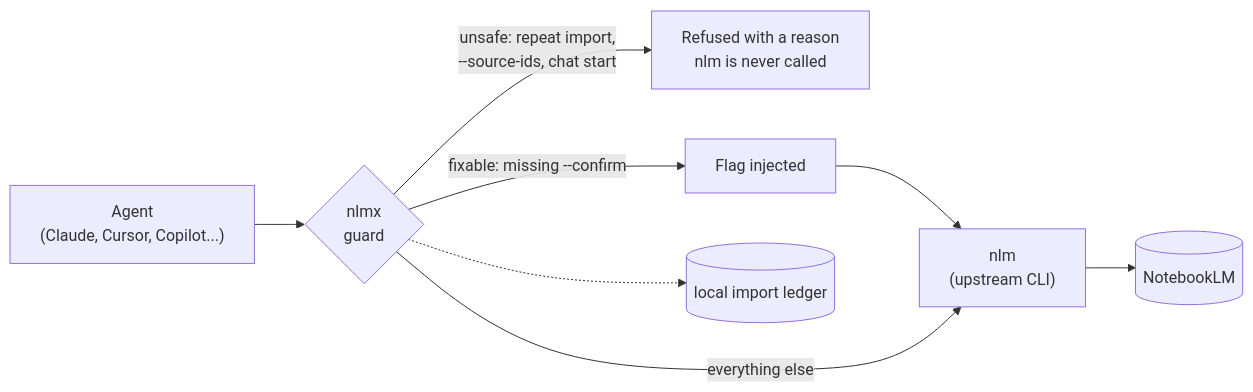
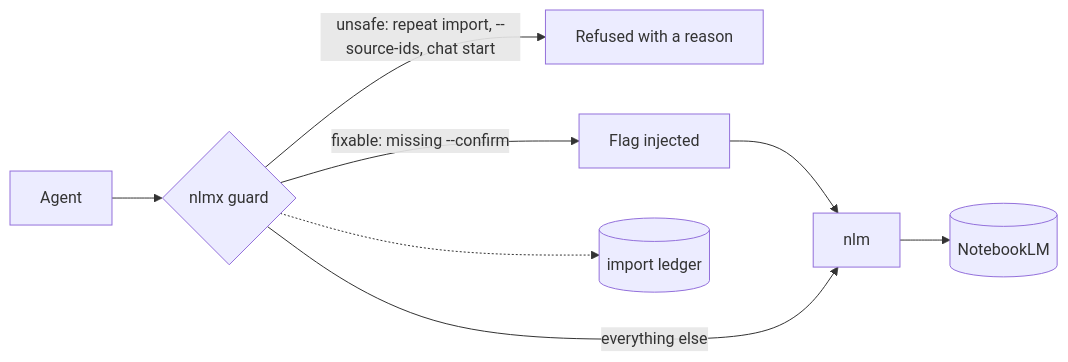
The first of 2 diagrams in README.md (werister/notelab), drawn with Mermaid before and after one commit. The commit also changed other lines of this file, not shown here.

````diff
--- a/README.md
+++ b/README.md
@@ -253,9 +123,8 @@
 ```mermaid
 flowchart LR
-    A["Agent<br/>(Claude, Cursor, Copilot...)"] --> G{"nlmx<br/>guard"}
-    G -- "unsafe: repeat import,<br/>--source-ids, chat start" --> R["Refused with a reason<br/>nlm is never called"]
+    A["Agent"] --> G{"nlmx guard"}
+    G -- "unsafe: repeat import, --source-ids, chat start" --> R["Refused with a reason"]
     G -- "fixable: missing --confirm" --> F["Flag injected"] --> N
-    G -- "everything else" --> N["nlm<br/>(upstream CLI)"]
-    N --> L[("NotebookLM")]
-    G -.-> LG[("local import ledger")]
+    G -- "everything else" --> N["nlm"] --> L[("NotebookLM")]
+    G -.-> LG[("import ledger")]
 ```
````
